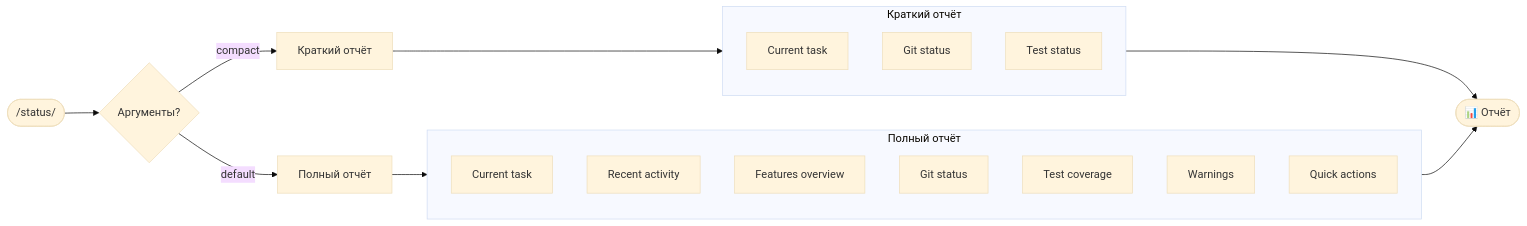
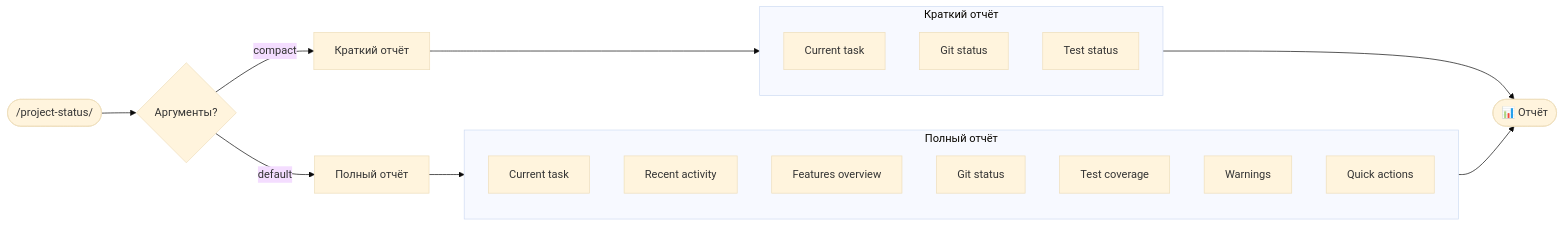
One commit to nikitaCodeSave/Claude-Code-Kit changed the seventh of 12 diagrams in SCENARIOS.md. Above: the diagram before and after it, drawn with Mermaid (base theme). The commit also changed other lines of this file and 8 other files, not shown here.

First line of the commit message:
refactor: rename /status to /project-status

````diff
--- a/SCENARIOS.md
+++ b/SCENARIOS.md
@@ -320,29 +320,29 @@
 ```mermaid
 flowchart LR
-    START([/status/]) --> MODE{Аргументы?}
+    START([/project-status/]) --> MODE{Аргументы?}
     
     MODE -->|compact| COMPACT[Краткий отчёт]
     MODE -->|default| FULL[Полный отчёт]
     
     subgraph COMPACT_REPORT[Краткий отчёт]
         C1[Current task]
         C2[Git status]
         C3[Test status]
     end
     
     subgraph FULL_REPORT[Полный отчёт]
         F1[Current task]
         F2[Recent activity]
         F3[Features overview]
         F4[Git status]
         F5[Test coverage]
         F6[Warnings]
         F7[Quick actions]
     end
     
     COMPACT --> COMPACT_REPORT
     FULL --> FULL_REPORT
     
     COMPACT_REPORT --> OUTPUT([📊 Отчёт])
     FULL_REPORT --> OUTPUT
 ```
````
